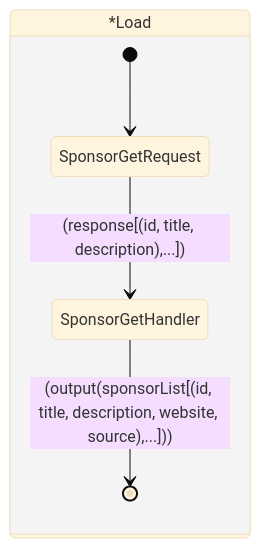
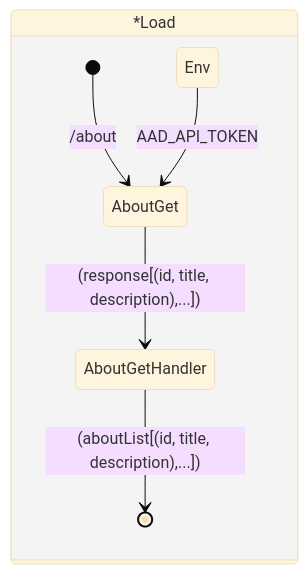
Before and after one commit to Wilfongjt/lb-A: the sixth of 37 diagrams in README.md, drawn with Mermaid. The commit also changed other lines of this file, not shown here.

````diff
--- a/README.md
+++ b/README.md
@@ -76,14 +96,15 @@
 ```mermaid
 
 %%{init: {'securityLevel': 'loose', 'theme':'base'}}%%
 stateDiagram
  
  state *Load
      {
-    [*] --> SponsorGetRequest
-    SponsorGetRequest --> SponsorGetHandler : (response[(id, title, description),...])
-    SponsorGetHandler --> [*] : (output(sponsorList[(id, title, description, website, source),...]))
+    [*] --> AboutGet : /about
+    Env --> AboutGet : AAD_API_TOKEN
+    AboutGet --> AboutGetHandler : (response[(id, title, description),...])
+    AboutGetHandler --> [*] : (aboutList[(id, title, description),...])
   }
  
  
 ```
````
